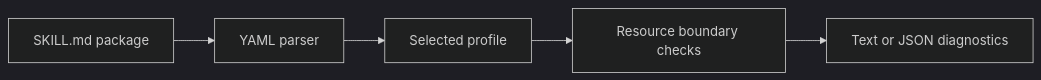
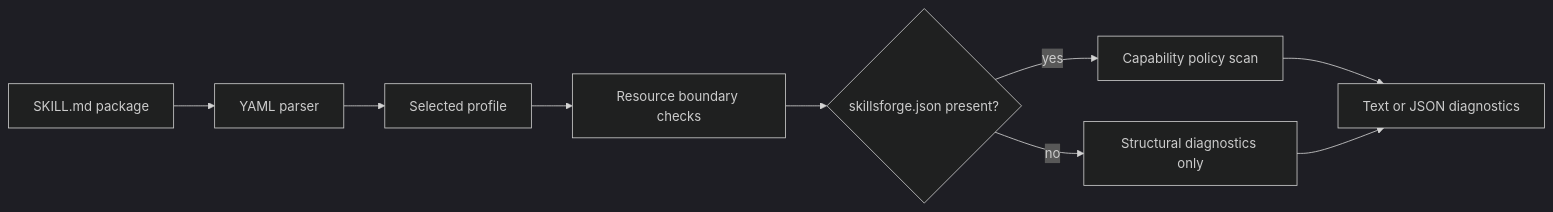
The first of 3 diagrams in README.md (Tlkh201313/SkillsForge), drawn with Mermaid (dark theme) before and after one commit. The commit also changed other lines of this file and 2 other files, not shown here.

First line of the commit message:
docs: add plugin, trust, policy, and eval diagrams

````diff
--- a/README.md
+++ b/README.md
@@ -40,7 +40,11 @@
 ```mermaid
 flowchart LR
     A["SKILL.md package"] --> B["YAML parser"]
     B --> C["Selected profile"]
     C --> D["Resource boundary checks"]
-    D --> E["Text or JSON diagnostics"]
+    D --> E{"skillsforge.json present?"}
+    E -->|yes| F["Capability policy scan"]
+    E -->|no| G["Structural diagnostics only"]
+    F --> H["Text or JSON diagnostics"]
+    G --> H
 ```
````
